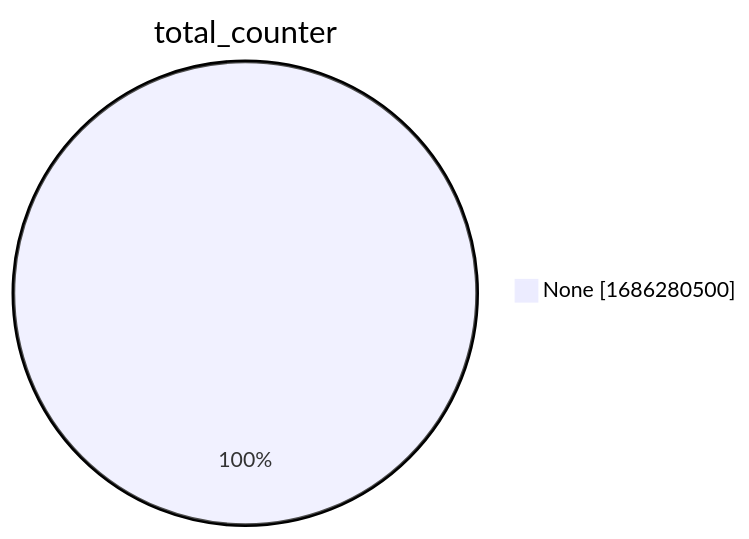
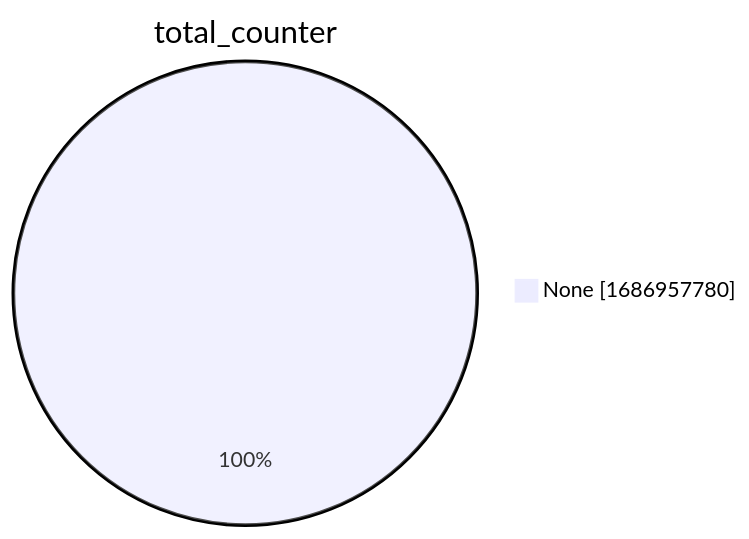
The second of 15 diagrams in xenon2022/README.md (christiankrug/ctmonitor_visualization), drawn with Mermaid before and after one commit. The commit also changed other lines of this file, not shown here.

````diff
--- a/xenon2022/README.md
+++ b/xenon2022/README.md
@@ -9,5 +9,5 @@
 ```mermaid
 pie showData
 title total_counter
-"None" :1686280500
+"None" :1686957780
 ```
````
